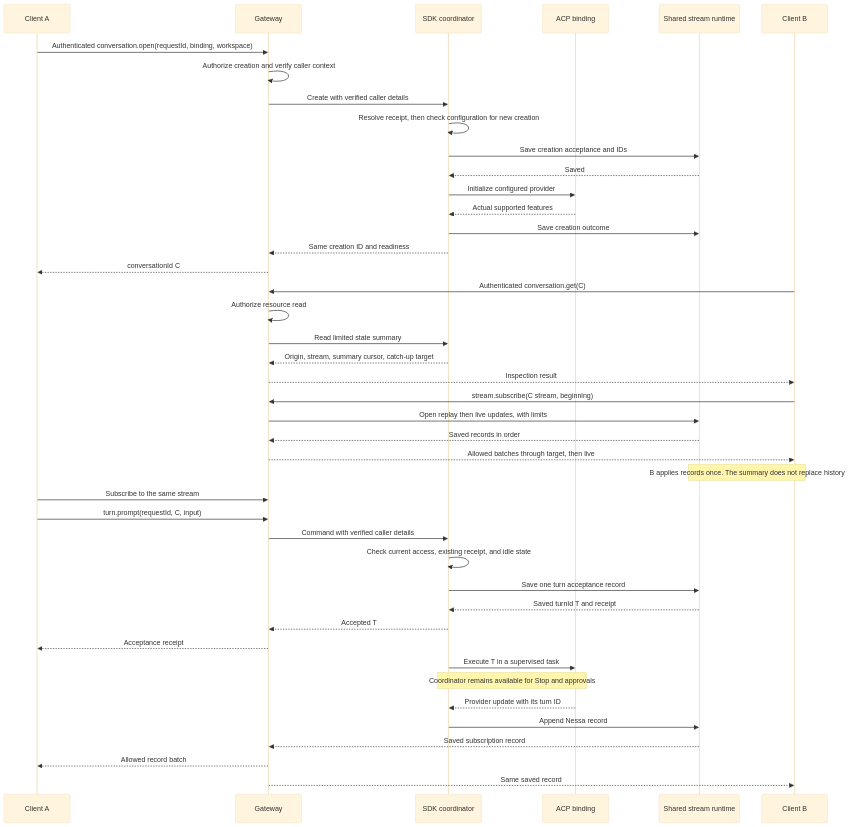
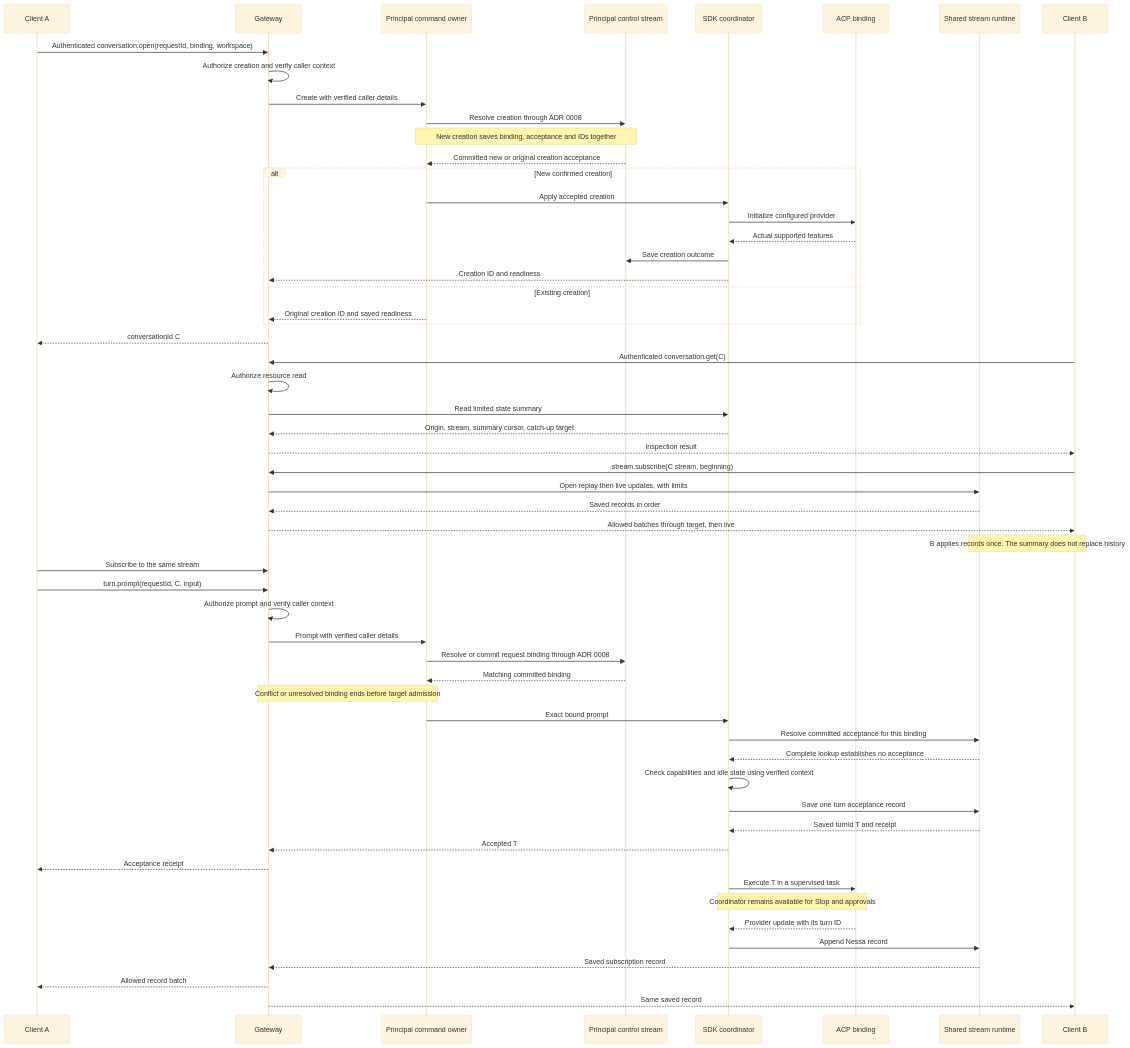
Before and after one commit to nessalabs/nessa-agent: the second of 4 diagrams in docs/design/collaboration-sequences-and-mcp.md, drawn with Mermaid (base theme). The commit also changed other lines of this file and 7 other files, not shown here.

````diff
--- a/docs/design/collaboration-sequences-and-mcp.md
+++ b/docs/design/collaboration-sequences-and-mcp.md
@@ -45,45 +46,59 @@
 ```mermaid
 sequenceDiagram
     participant A as Client A
     participant G as Gateway
+    participant I as Principal command owner
+    participant K as Principal control stream
     participant R as SDK coordinator
     participant P as ACP binding
     participant S as Shared stream runtime
     participant B as Client B
     A->>G: Authenticated conversation.open(requestId, binding, workspace)
     G->>G: Authorize creation and verify caller context
-    G->>R: Create with verified caller details
-    R->>R: Resolve receipt, then check configuration for new creation
-    R->>S: Save creation acceptance and IDs
-    S-->>R: Saved
-    R->>P: Initialize configured provider
-    P-->>R: Actual supported features
-    R->>S: Save creation outcome
-    R-->>G: Same creation ID and readiness
+    G->>I: Create with verified caller details
+    I->>K: Resolve creation through ADR 0008
+    Note over I,K: New creation saves binding, acceptance and IDs together
+    K-->>I: Committed new or original creation acceptance
+    alt New confirmed creation
+        I->>R: Apply accepted creation
+        R->>P: Initialize configured provider
+        P-->>R: Actual supported features
+        R->>K: Save creation outcome
+        R-->>G: Creation ID and readiness
+    else Existing creation
+        I-->>G: Original creation ID and saved readiness
+    end
     G-->>A: conversationId C
     B->>G: Authenticated conversation.get(C)
     G->>G: Authorize resource read
     G->>R: Read limited state summary
     R-->>G: Origin, stream, summary cursor, catch-up target
     G-->>B: Inspection result
     B->>G: stream.subscribe(C stream, beginning)
     G->>S: Open replay then live updates, with limits
     S-->>G: Saved records in order
     G-->>B: Allowed batches through target, then live
     Note over B,S: B applies records once. The summary does not replace history
     A->>G: Subscribe to the same stream
     A->>G: turn.prompt(requestId, C, input)
-    G->>R: Command with verified caller details
-    R->>R: Check current access, existing receipt, and idle state
+    G->>G: Authorize prompt and verify caller context
+    G->>I: Prompt with verified caller details
+    I->>K: Resolve or commit request binding through ADR 0008
+    K-->>I: Matching committed binding
+    Note over G,I: Conflict or unresolved binding ends before target admission
+    I->>R: Exact bound prompt
+    R->>S: Resolve committed acceptance for this binding
+    S-->>R: Complete lookup establishes no acceptance
+    R->>R: Check capabilities and idle state using verified context
     R->>S: Save one turn acceptance record
     S-->>R: Saved turnId T and receipt
     R-->>G: Accepted T
     G-->>A: Acceptance receipt
     R->>P: Execute T in a supervised task
     Note over R,P: Coordinator remains available for Stop and approvals
     P-->>R: Provider update with its turn ID
     R->>S: Append Nessa record
     S-->>G: Saved subscription record
     G-->>A: Allowed record batch
     G-->>B: Same saved record
 ```
````
